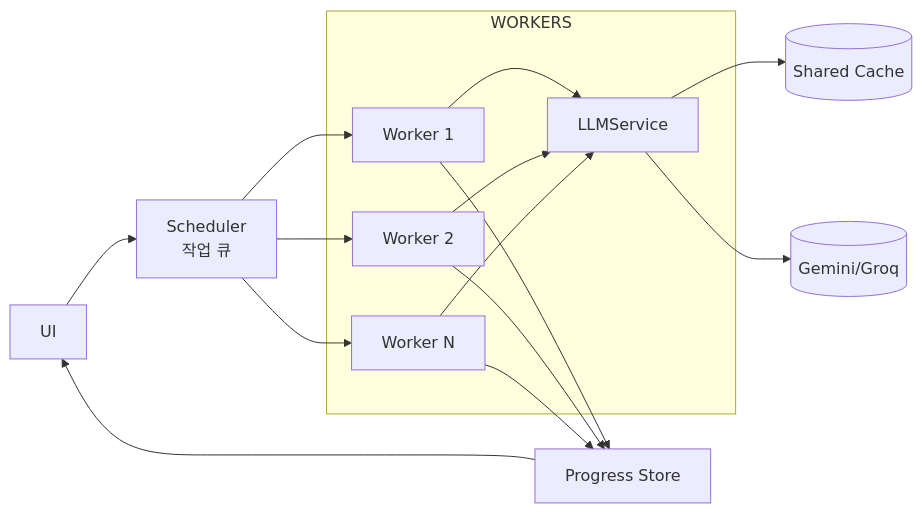
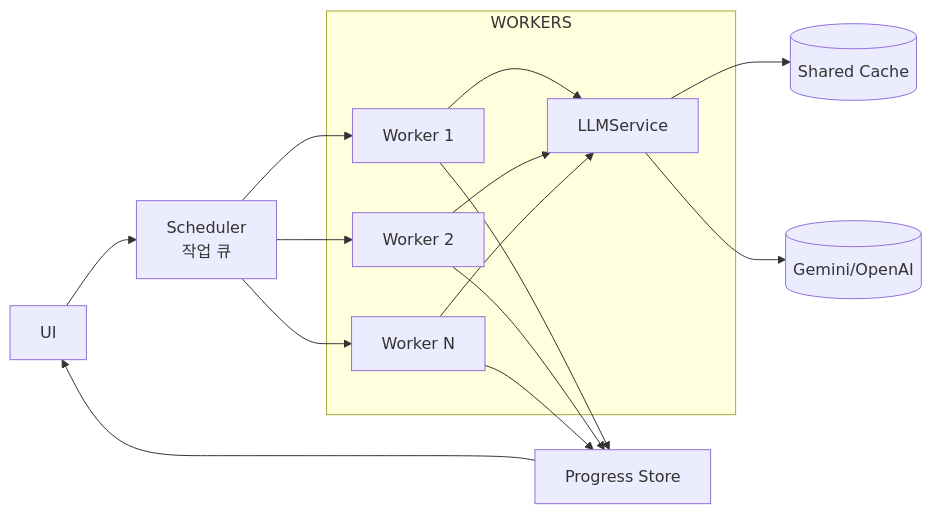
One commit to GEOeduHJ/goe_assess_web4 changed diagram 12 of 12 in references/architecture.md. Above: the diagram before and after it, drawn with Mermaid. The commit also changed other lines of this file and 17 other files, not shown here.

````diff
--- a/references/architecture.md
+++ b/references/architecture.md
@@ -606,18 +606,18 @@
 ```mermaid
 flowchart LR
     UI[UI] --> SCHED[Scheduler\n작업 큐]
     SCHED --> W1[Worker 1]
     SCHED --> W2[Worker 2]
     SCHED --> WN[Worker N]
     subgraph WORKERS
         W1 --> LLMW[LLMService]
         W2 --> LLMW
         WN --> LLMW
     end
     LLMW --> CACHE[(Shared Cache)]
-    LLMW --> API[(Gemini/Groq)]
+    LLMW --> API[(Gemini/OpenAI)]
     W1 --> PROG[Progress Store]
     W2 --> PROG
     WN --> PROG
     PROG --> UI
 ```
````
